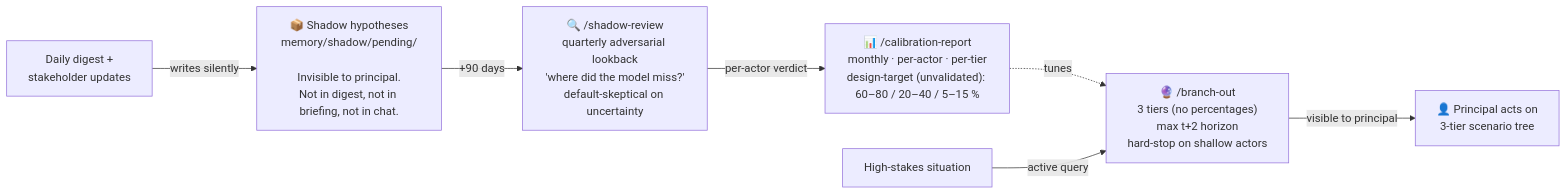
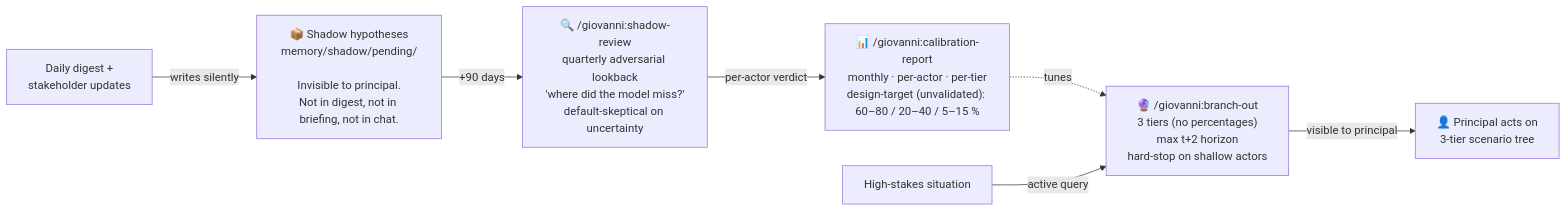
Before and after one commit to jaroslavsoucek-art/Giovanni: the first of 2 diagrams in README.md, drawn with Mermaid. The commit also changed other lines of this file and 23 other files, not shown here.

````diff
--- a/README.md
+++ b/README.md
@@ -73,9 +73,9 @@
 ```mermaid
 flowchart LR
     digest["Daily digest +<br/>stakeholder updates"] -->|"writes silently"| shadow["📦 Shadow hypotheses<br/>memory/shadow/pending/<br/><br/>Invisible to principal.<br/>Not in digest, not in briefing, not in chat."]
-    shadow -->|"+90 days"| review["🔍 /shadow-review<br/>quarterly adversarial lookback<br/>'where did the model miss?'<br/>default-skeptical on uncertainty"]
-    review -->|"per-actor verdict"| calibration["📊 /calibration-report<br/>monthly · per-actor · per-tier<br/>design-target (unvalidated): 60–80 / 20–40 / 5–15 %"]
-    calibration -.tunes.-> branchout["🔮 /branch-out<br/>3 tiers (no percentages)<br/>max t+2 horizon<br/>hard-stop on shallow actors"]
+    shadow -->|"+90 days"| review["🔍 /giovanni:shadow-review<br/>quarterly adversarial lookback<br/>'where did the model miss?'<br/>default-skeptical on uncertainty"]
+    review -->|"per-actor verdict"| calibration["📊 /giovanni:calibration-report<br/>monthly · per-actor · per-tier<br/>design-target (unvalidated): 60–80 / 20–40 / 5–15 %"]
+    calibration -.tunes.-> branchout["🔮 /giovanni:branch-out<br/>3 tiers (no percentages)<br/>max t+2 horizon<br/>hard-stop on shallow actors"]
     situation["High-stakes situation"] -->|"active query"| branchout
     branchout -->|"visible to principal"| principal["👤 Principal acts on<br/>3-tier scenario tree"]
 ```
````
